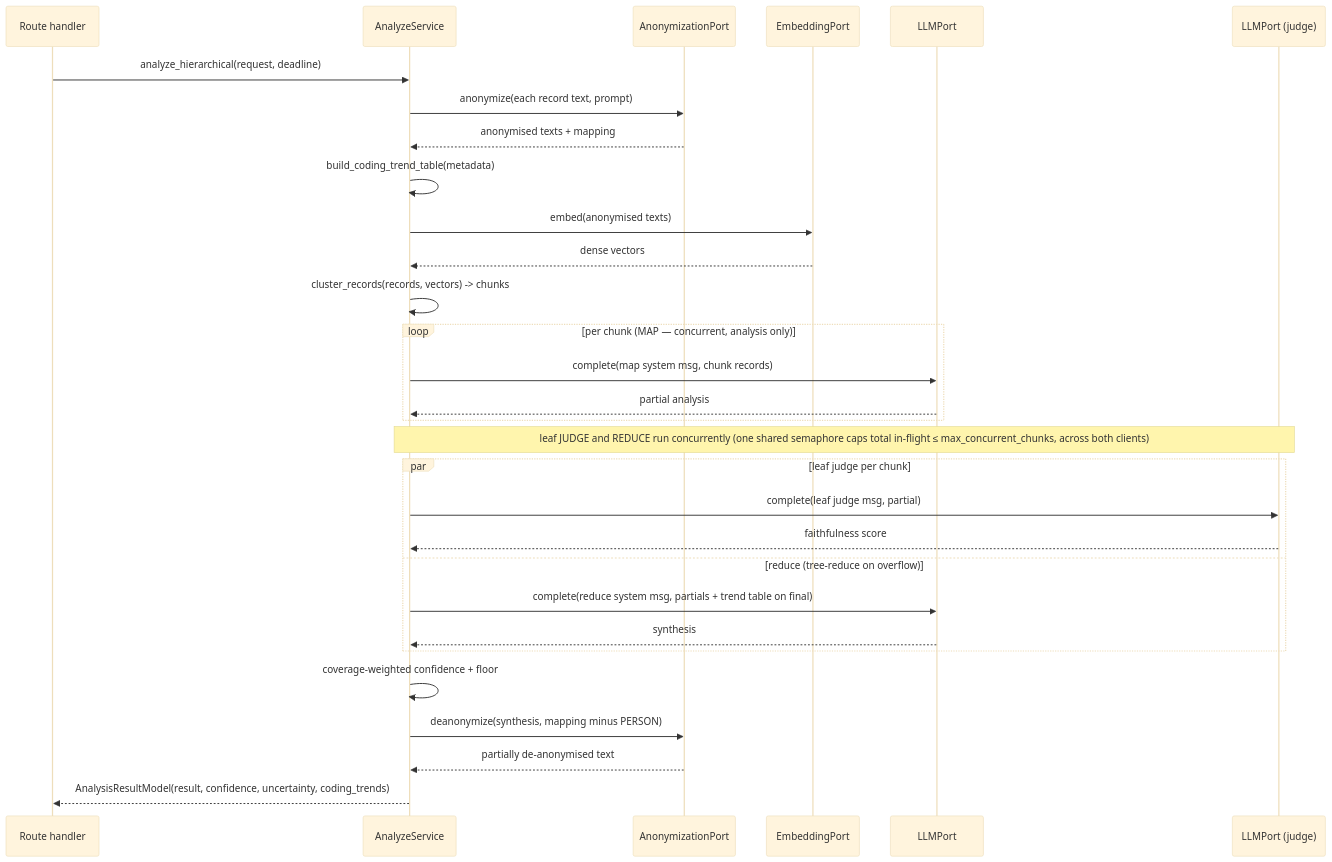
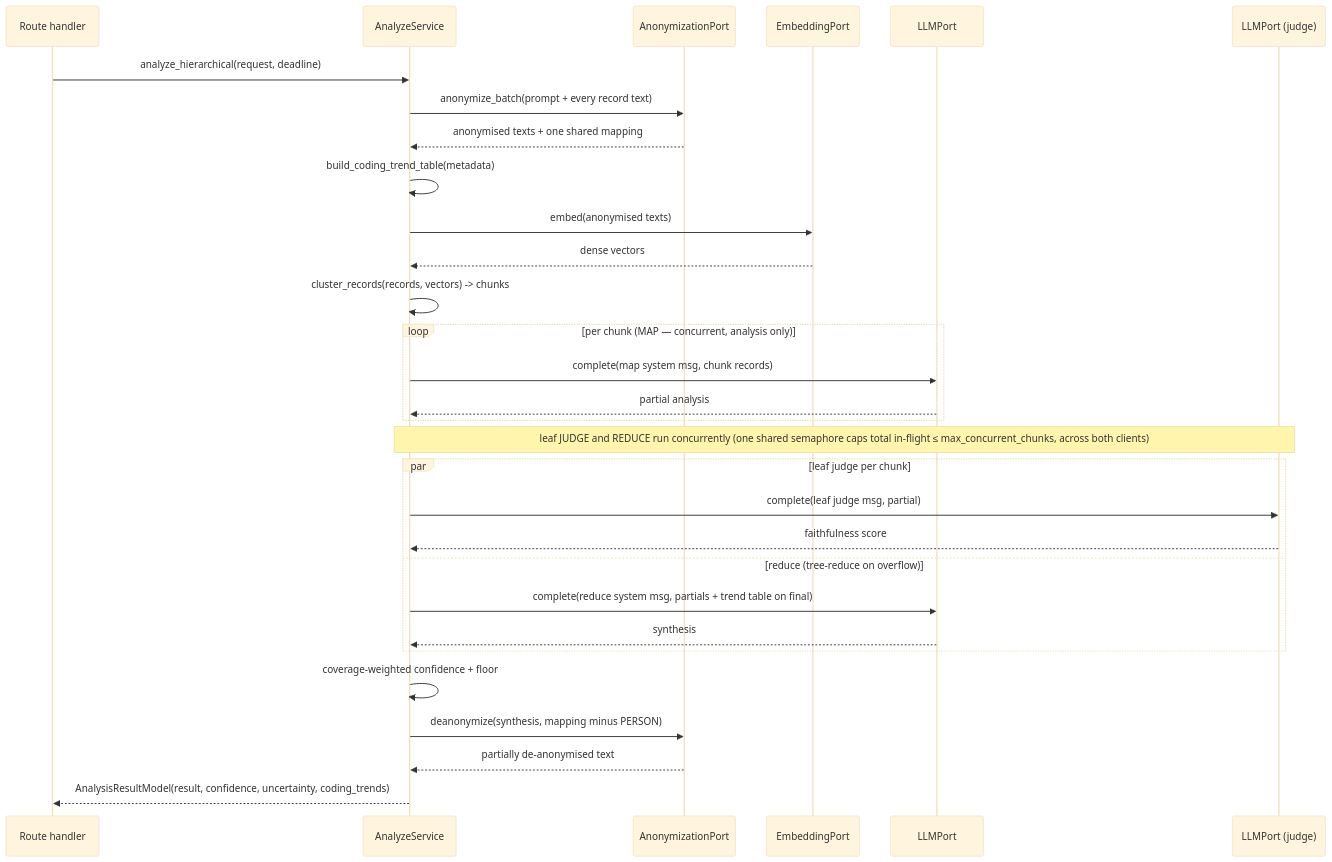
One commit to rodekruis/qualitative-feedback-analysis changed the second of 2 diagrams in docs/architecture/07-hierarchical-analysis.md. Above: the diagram before and after it, drawn with Mermaid (base theme). The commit also changed other lines of this file and 5 other files, not shown here.

First line of the commit message:
fix(analyze): share one placeholder namespace between message and prompt

````diff
--- a/docs/architecture/07-hierarchical-analysis.md
+++ b/docs/architecture/07-hierarchical-analysis.md
@@ -177,33 +178,33 @@
 ```mermaid
 sequenceDiagram
     participant route as Route handler
     participant orch as AnalyzeService
     participant anon as AnonymizationPort
     participant emb as EmbeddingPort
     participant llm as LLMPort
     participant judge as LLMPort (judge)
 
     route->>orch: analyze_hierarchical(request, deadline)
-    orch->>anon: anonymize(each record text, prompt)
-    anon-->>orch: anonymised texts + mapping
+    orch->>anon: anonymize_batch(prompt + every record text)
+    anon-->>orch: anonymised texts + one shared mapping
     orch->>orch: build_coding_trend_table(metadata)
     orch->>emb: embed(anonymised texts)
     emb-->>orch: dense vectors
     orch->>orch: cluster_records(records, vectors) -> chunks
     loop per chunk (MAP — concurrent, analysis only)
         orch->>llm: complete(map system msg, chunk records)
         llm-->>orch: partial analysis
     end
     note over orch,judge: leaf JUDGE and REDUCE run concurrently (one shared semaphore caps total in-flight ≤ max_concurrent_chunks, across both clients)
     par leaf judge per chunk
         orch->>judge: complete(leaf judge msg, partial)
         judge-->>orch: faithfulness score
     and reduce (tree-reduce on overflow)
         orch->>llm: complete(reduce system msg, partials + trend table on final)
         llm-->>orch: synthesis
     end
     orch->>orch: coverage-weighted confidence + floor
     orch->>anon: deanonymize(synthesis, mapping minus PERSON)
     anon-->>orch: partially de-anonymised text
     orch-->>route: AnalysisResultModel(result, confidence, uncertainty, coding_trends)
 ```
````
